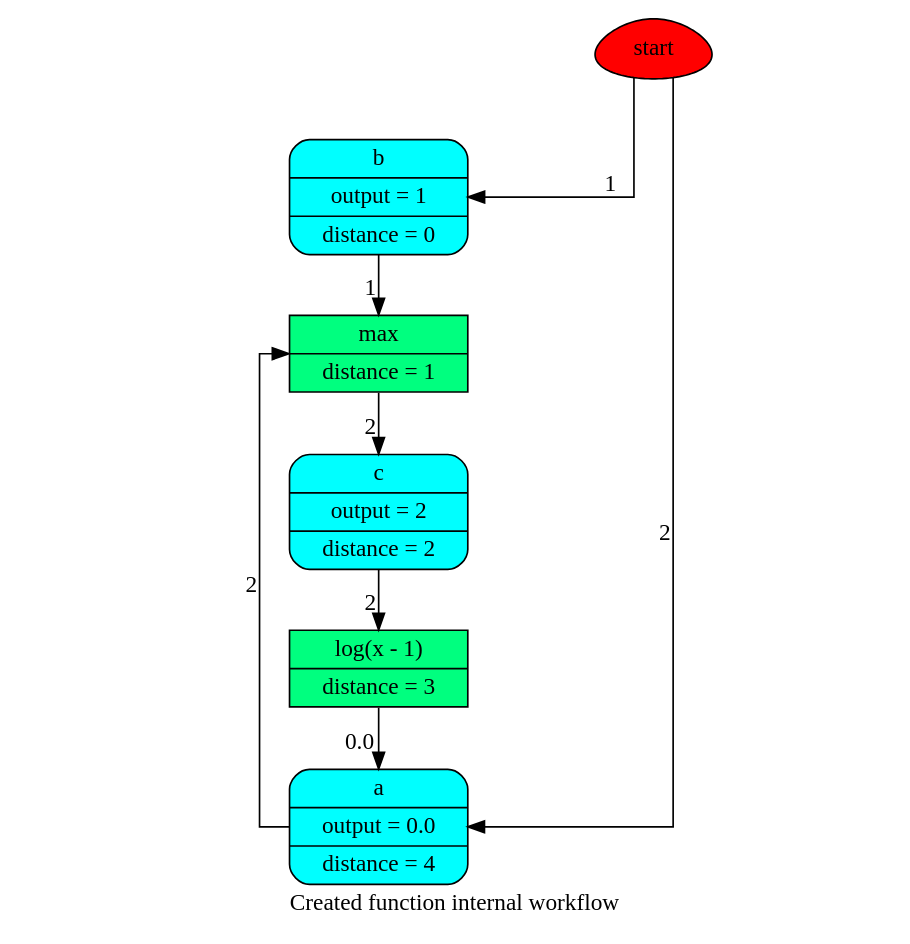
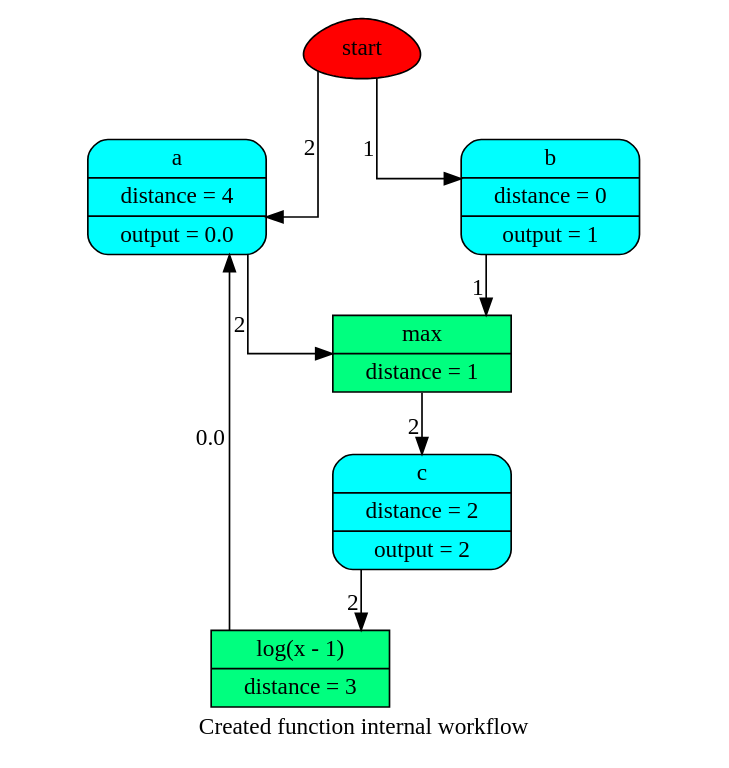
Before and after one commit to vinci1it2000/schedula: the diagram in doc/source/dispatcher/utils/dsp/SubDispatchFunction_wf1.dot, drawn with Graphviz. The commit also changed 26 other files, not shown here.

```diff
--- a/doc/source/dispatcher/utils/dsp/SubDispatchFunction_wf1.dot
+++ b/doc/source/dispatcher/utils/dsp/SubDispatchFunction_wf1.dot
@@ -1,19 +1,19 @@
 digraph "Created function internal" {
 	graph [ratio=1]
 	node [style=filled]
+	label = "Created function internal workflow"
 	splines = ortho
-	label = "Created function internal workflow"
-		"Created function internal_4373696824" [label=start fillcolor=red shape=egg]
-		"Created function internal_-427784935824896063" [label="{ b | output = 1 | distance = 0 }" fillcolor=cyan shape=Mrecord]
-		"Created function internal_5626300579074633926" [label="{ c | output = 2 | distance = 2 }" fillcolor=cyan shape=Mrecord]
-		"Created function internal_-3574468403947108869" [label="{ a | output = 0.0 | distance = 4 }" fillcolor=cyan shape=Mrecord]
-		"Created function internal_-6345661912335312386" [label="{ max | distance = 1 }" fillcolor=springgreen shape=record]
-		"Created function internal_4745488610790022479" [label="{ log(x - 1) | distance = 3 }" fillcolor=springgreen shape=record]
-			"Created function internal_-427784935824896063" -> "Created function internal_-6345661912335312386" [xlabel=1]
-			"Created function internal_5626300579074633926" -> "Created function internal_4745488610790022479" [xlabel=2]
-			"Created function internal_4373696824" -> "Created function internal_-427784935824896063" [xlabel=1]
-			"Created function internal_4373696824" -> "Created function internal_-3574468403947108869" [xlabel=2]
-			"Created function internal_-3574468403947108869" -> "Created function internal_-6345661912335312386" [xlabel=2]
-			"Created function internal_-6345661912335312386" -> "Created function internal_5626300579074633926" [xlabel=2]
-			"Created function internal_4745488610790022479" -> "Created function internal_-3574468403947108869" [xlabel=0.0]
+		"Created function internal_4373721400" [label=start fillcolor=red shape=egg]
+		"Created function internal_353524919982885525" [label="{ log(x - 1) | distance = 3 }" fillcolor=springgreen shape=record]
+		"Created function internal_-1690875837688140777" [label="{ max | distance = 1 }" fillcolor=springgreen shape=record]
+		"Created function internal_-1739731674132073175" [label="{ c | distance = 2 | output = 2 }" fillcolor=cyan shape=Mrecord]
+		"Created function internal_-8503278920192876870" [label="{ a | distance = 4 | output = 0.0 }" fillcolor=cyan shape=Mrecord]
+		"Created function internal_-3117625956851900853" [label="{ b | distance = 0 | output = 1 }" fillcolor=cyan shape=Mrecord]
+			"Created function internal_353524919982885525" -> "Created function internal_-8503278920192876870" [xlabel=0.0]
+			"Created function internal_-1690875837688140777" -> "Created function internal_-1739731674132073175" [xlabel=2]
+			"Created function internal_4373721400" -> "Created function internal_-8503278920192876870" [xlabel=2]
+			"Created function internal_4373721400" -> "Created function internal_-3117625956851900853" [xlabel=1]
+			"Created function internal_-1739731674132073175" -> "Created function internal_353524919982885525" [xlabel=2]
+			"Created function internal_-8503278920192876870" -> "Created function internal_-1690875837688140777" [xlabel=2]
+			"Created function internal_-3117625956851900853" -> "Created function internal_-1690875837688140777" [xlabel=1]
 }
```
